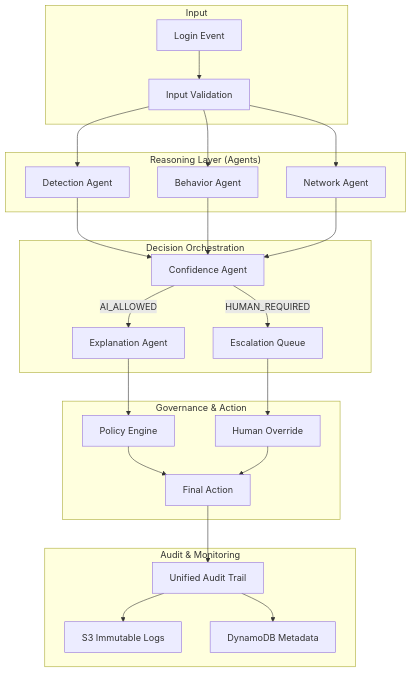
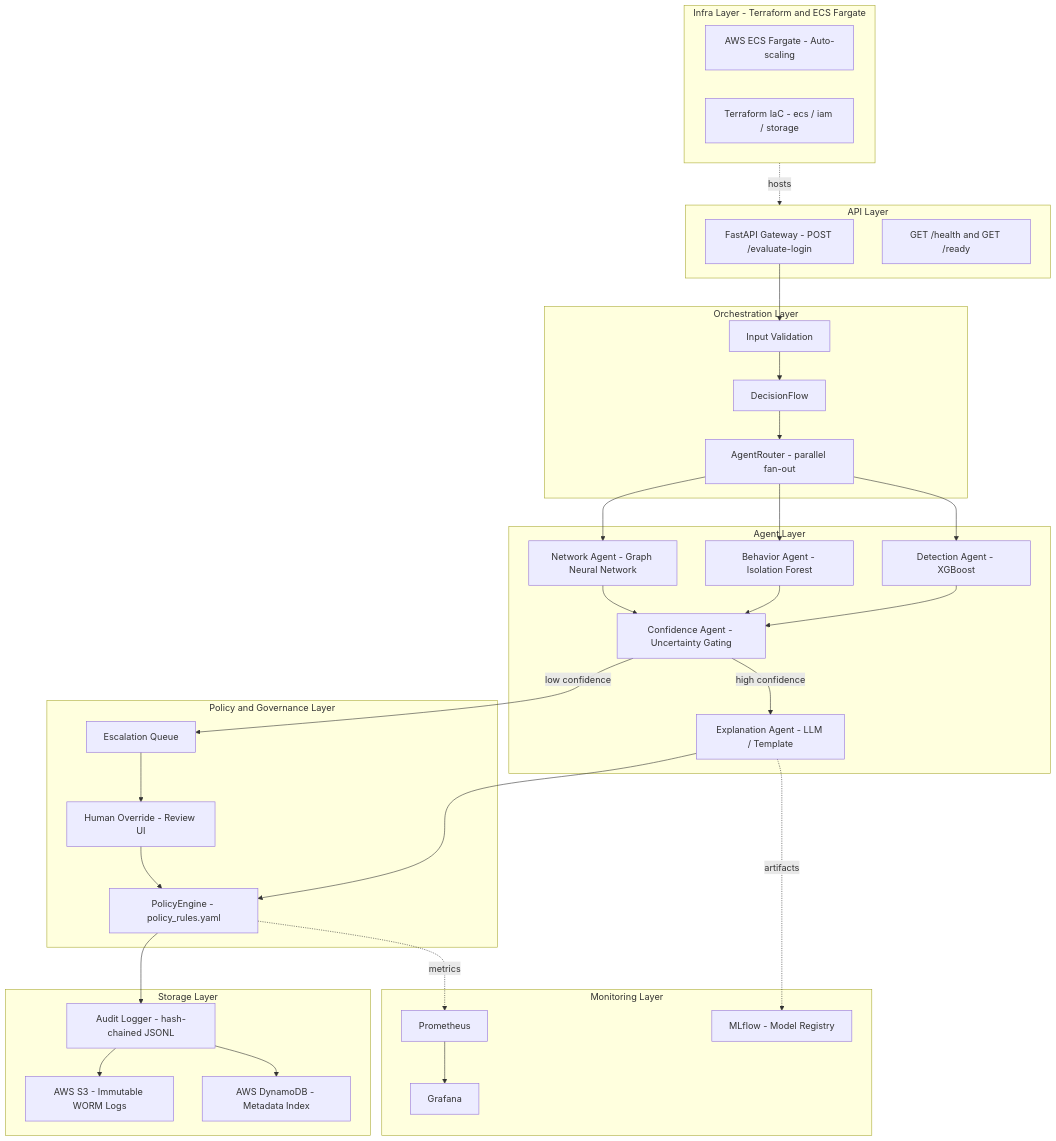
The diagram in README.md (abi-commits/AegisAI), drawn with Mermaid before and after one commit. The commit also changed other lines of this file and 6 other files, not shown here.

````diff
--- a/README.md
+++ b/README.md
@@ -37,31 +37,66 @@
 ```mermaid
 graph TD
-    subgraph Input
-        A[Login Event] --> B[Input Validation]
+    subgraph API_LAYER[" API Layer "]
+        GW[FastAPI Gateway - POST /evaluate-login]
+        HLT[GET /health and GET /ready]
     end
 
-    subgraph "Reasoning Layer (Agents)"
-        B --> C[Detection Agent]
-        B --> D[Behavior Agent]
-        B --> E[Network Agent]
+    subgraph ORCH_LAYER[" Orchestration Layer "]
+        IV[Input Validation]
+        DF[DecisionFlow]
+        AR[AgentRouter - parallel fan-out]
     end
 
-    subgraph "Decision Orchestration"
-        C & D & E --> F[Confidence Agent]
-        F -- AI_ALLOWED --> G[Explanation Agent]
-        F -- HUMAN_REQUIRED --> H[Escalation Queue]
+    subgraph AGENT_LAYER[" Agent Layer "]
+        DA[Detection Agent - XGBoost]
+        BA[Behavior Agent - Isolation Forest]
+        NA[Network Agent - Graph Neural Network]
+        CA[Confidence Agent - Uncertainty Gating]
+        EA[Explanation Agent - LLM / Template]
     end
 
-    subgraph "Governance & Action"
-        G --> I[Policy Engine]
-        I --> J[Final Action]
-        H --> K[Human Override]
-        K --> J
+    subgraph POLICY_LAYER[" Policy and Governance Layer "]
+        PE[PolicyEngine - policy_rules.yaml]
+        EQ[Escalation Queue]
+        HO[Human Override - Review UI]
     end
 
-    subgraph "Audit & Monitoring"
-        J --> L[Unified Audit Trail]
-        L --> M[S3 Immutable Logs]
-        L --> N[DynamoDB Metadata]
+    subgraph STORAGE_LAYER[" Storage Layer "]
+        AL[Audit Logger - hash-chained JSONL]
+        S3[AWS S3 - Immutable WORM Logs]
+        DY[AWS DynamoDB - Metadata Index]
     end
+
+    subgraph MON_LAYER[" Monitoring Layer "]
+        PR[Prometheus]
+        GR[Grafana]
+        ML[MLflow - Model Registry]
+    end
+
+    subgraph INFRA_LAYER[" Infra Layer - Terraform and ECS Fargate "]
+        ECS[AWS ECS Fargate - Auto-scaling]
+        TF[Terraform IaC - ecs / iam / storage]
+    end
+
+    GW --> IV
+    IV --> DF
+    DF --> AR
+    AR --> DA
+    AR --> BA
+    AR --> NA
+    DA --> CA
+    BA --> CA
+    NA --> CA
+    CA -->|high confidence| EA
+    CA -->|low confidence| EQ
+    EA --> PE
+    EQ --> HO
+    HO --> PE
+    PE --> AL
+    AL --> S3
+    AL --> DY
+    PE -.->|metrics| PR
+    PR --> GR
+    EA -.->|artifacts| ML
+    INFRA_LAYER -.->|hosts| API_LAYER
 ```
````
